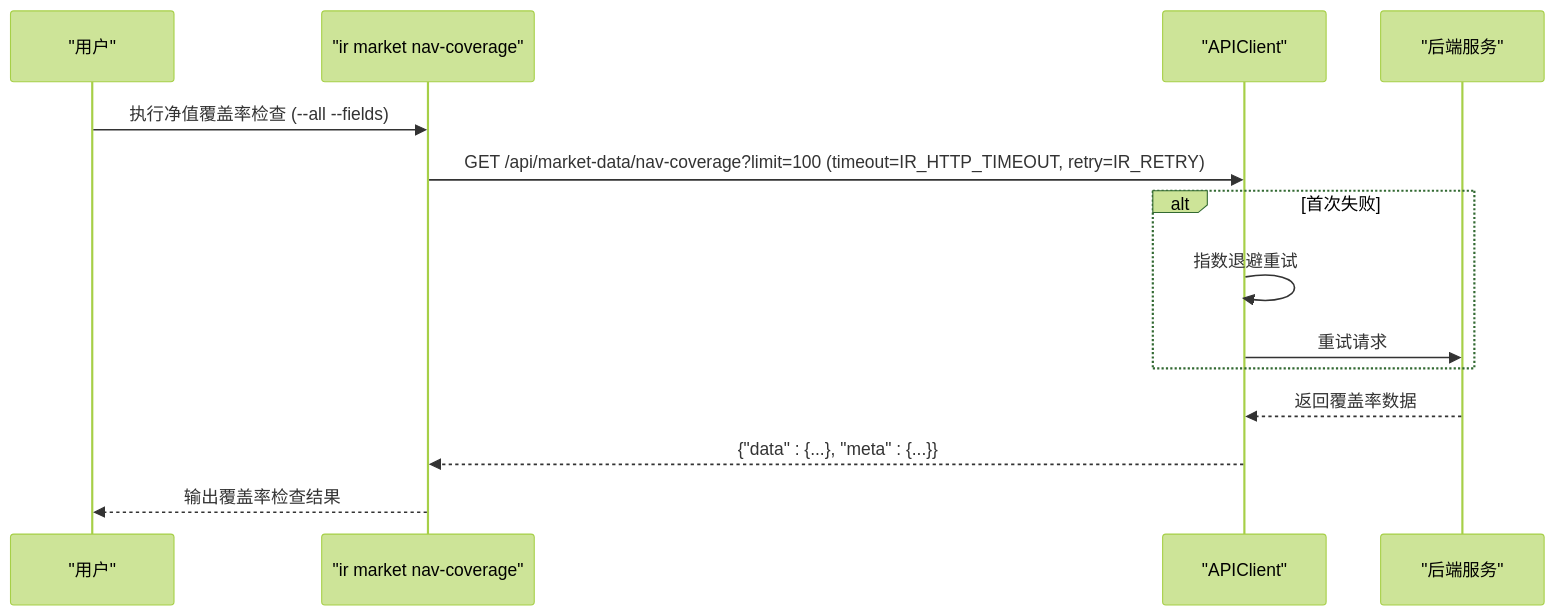
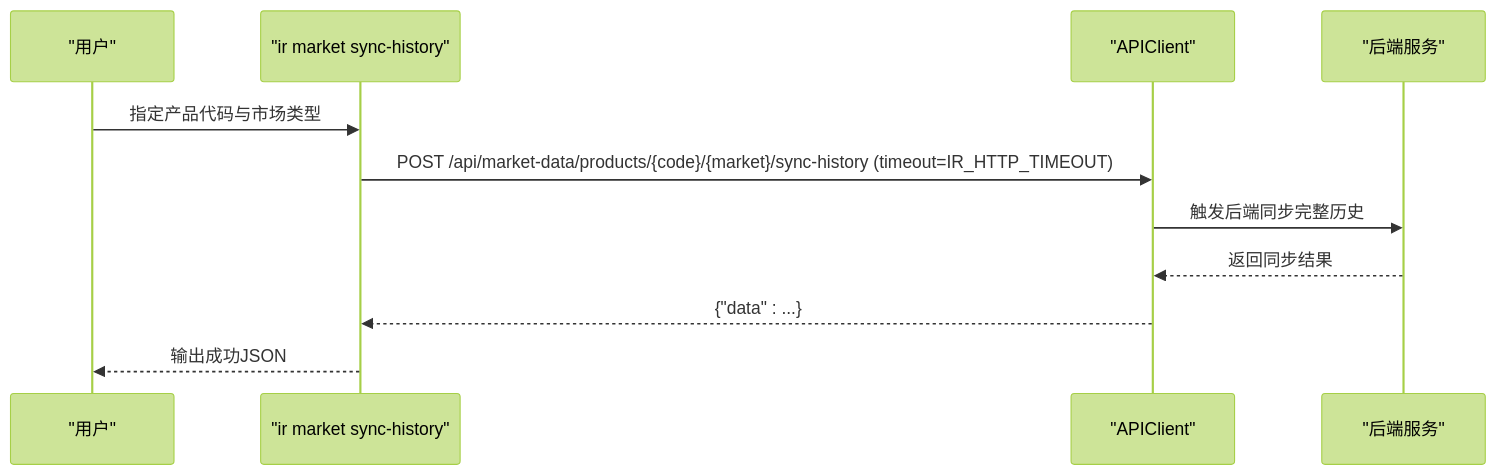
The fifth of 6 diagrams in .qoder/repowiki/zh/content/开发指南/InvestRing HTTP客户端CLI工具.md (gujialind/InvestRing), drawn with Mermaid (forest theme) before and after one commit. The commit also changed other lines of this file and 65 other files, not shown here.

````diff
--- a/.qoder/repowiki/zh/content/开发指南/InvestRing HTTP客户端CLI工具.md
+++ b/.qoder/repowiki/zh/content/开发指南/InvestRing HTTP客户端CLI工具.md
@@ -470,16 +246,13 @@
 ```mermaid
 sequenceDiagram
 participant U as "用户"
-participant CLI as "ir market nav-coverage"
+participant CLI as "ir market sync-history"
 participant C as "APIClient"
 participant S as "后端服务"
-U->>CLI : 执行净值覆盖率检查 (--all --fields)
-CLI->>C : GET /api/market-data/nav-coverage?limit=100 (timeout=IR_HTTP_TIMEOUT, retry=IR_RETRY)
-alt 首次失败
-C->>C : 指数退避重试
-C->>S : 重试请求
-end
-S-->>C : 返回覆盖率数据
-C-->>CLI : {"data" : {...}, "meta" : {...}}
-CLI-->>U : 输出覆盖率检查结果
+U->>CLI : 指定产品代码与市场类型
+CLI->>C : POST /api/market-data/products/{code}/{market}/sync-history (timeout=IR_HTTP_TIMEOUT)
+C->>S : 触发后端同步完整历史
+S-->>C : 返回同步结果
+C-->>CLI : {"data" : ...}
+CLI-->>U : 输出成功JSON
 ```
````
